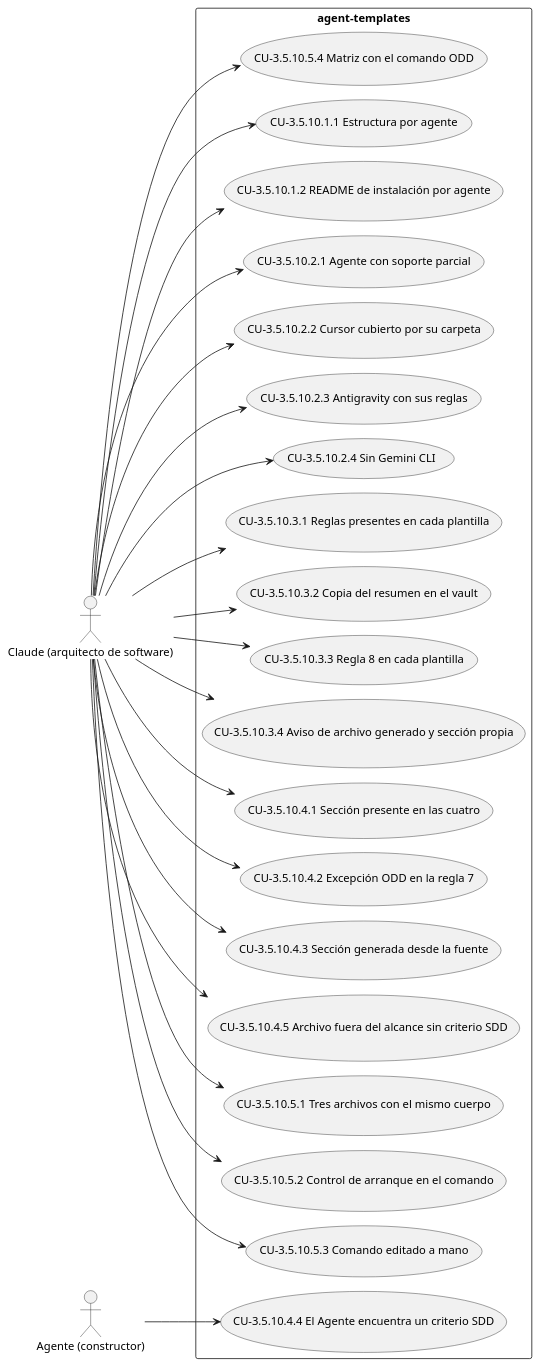
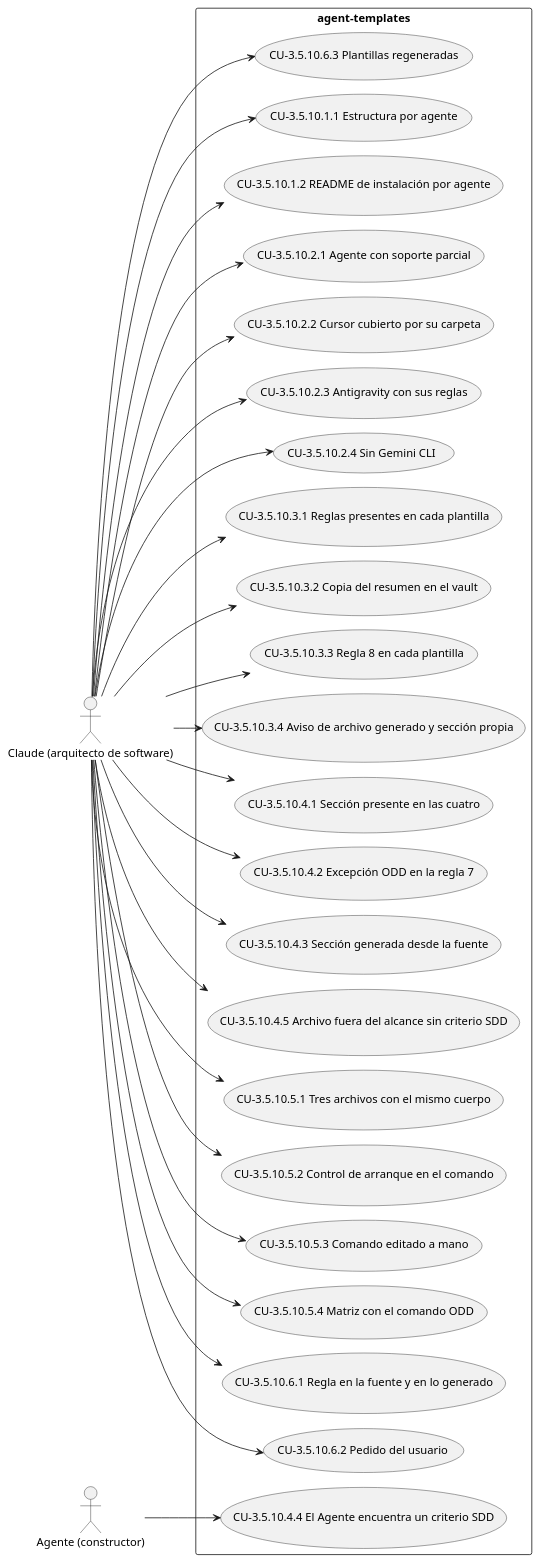
The diagram in docs/diagramas/CAP-3.5.10.puml (Lautaro-Montecchiani/sdd-global-config), drawn with PlantUML before and after one commit. The commit also changed 5 other files, not shown here.

```diff
--- a/docs/diagramas/CAP-3.5.10.puml
+++ b/docs/diagramas/CAP-3.5.10.puml
@@ -1,46 +1,52 @@
 @startuml
 !pragma layout smetana
 left to right direction
 actor "Claude (arquitecto de software)" as A1
 actor "Agente (constructor)" as A2
 rectangle "agent-templates" {
   usecase "CU-3.5.10.1.1 Estructura por agente" as UC_3_5_10_1_1
   usecase "CU-3.5.10.1.2 README de instalación por agente" as UC_3_5_10_1_2
   usecase "CU-3.5.10.2.1 Agente con soporte parcial" as UC_3_5_10_2_1
   usecase "CU-3.5.10.2.2 Cursor cubierto por su carpeta" as UC_3_5_10_2_2
   usecase "CU-3.5.10.2.3 Antigravity con sus reglas" as UC_3_5_10_2_3
   usecase "CU-3.5.10.2.4 Sin Gemini CLI" as UC_3_5_10_2_4
   usecase "CU-3.5.10.3.1 Reglas presentes en cada plantilla" as UC_3_5_10_3_1
   usecase "CU-3.5.10.3.2 Copia del resumen en el vault" as UC_3_5_10_3_2
   usecase "CU-3.5.10.3.3 Regla 8 en cada plantilla" as UC_3_5_10_3_3
   usecase "CU-3.5.10.3.4 Aviso de archivo generado y sección propia" as UC_3_5_10_3_4
   usecase "CU-3.5.10.4.1 Sección presente en las cuatro" as UC_3_5_10_4_1
   usecase "CU-3.5.10.4.2 Excepción ODD en la regla 7" as UC_3_5_10_4_2
   usecase "CU-3.5.10.4.3 Sección generada desde la fuente" as UC_3_5_10_4_3
   usecase "CU-3.5.10.4.4 El Agente encuentra un criterio SDD" as UC_3_5_10_4_4
   usecase "CU-3.5.10.4.5 Archivo fuera del alcance sin criterio SDD" as UC_3_5_10_4_5
   usecase "CU-3.5.10.5.1 Tres archivos con el mismo cuerpo" as UC_3_5_10_5_1
   usecase "CU-3.5.10.5.2 Control de arranque en el comando" as UC_3_5_10_5_2
   usecase "CU-3.5.10.5.3 Comando editado a mano" as UC_3_5_10_5_3
   usecase "CU-3.5.10.5.4 Matriz con el comando ODD" as UC_3_5_10_5_4
+  usecase "CU-3.5.10.6.1 Regla en la fuente y en lo generado" as UC_3_5_10_6_1
+  usecase "CU-3.5.10.6.2 Pedido del usuario" as UC_3_5_10_6_2
+  usecase "CU-3.5.10.6.3 Plantillas regeneradas" as UC_3_5_10_6_3
 }
 A1 --> UC_3_5_10_1_1
 A1 --> UC_3_5_10_1_2
 A1 --> UC_3_5_10_2_1
 A1 --> UC_3_5_10_2_2
 A1 --> UC_3_5_10_2_3
 A1 --> UC_3_5_10_2_4
 A1 --> UC_3_5_10_3_1
 A1 --> UC_3_5_10_3_2
 A1 --> UC_3_5_10_3_3
 A1 --> UC_3_5_10_3_4
 A1 --> UC_3_5_10_4_1
 A1 --> UC_3_5_10_4_2
 A1 --> UC_3_5_10_4_3
 A2 --> UC_3_5_10_4_4
 A1 --> UC_3_5_10_4_5
 A1 --> UC_3_5_10_5_1
 A1 --> UC_3_5_10_5_2
 A1 --> UC_3_5_10_5_3
 A1 --> UC_3_5_10_5_4
+A1 --> UC_3_5_10_6_1
+A1 --> UC_3_5_10_6_2
+A1 --> UC_3_5_10_6_3
 @enduml
```
